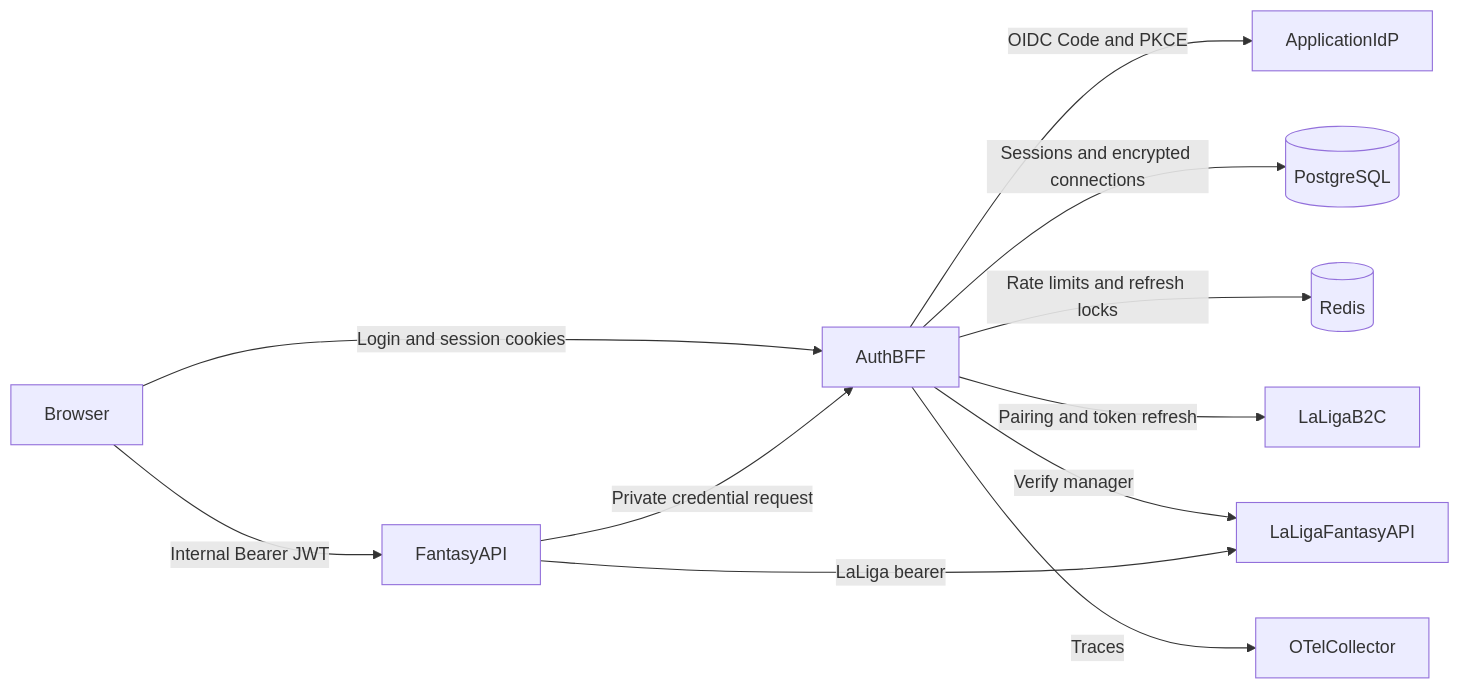
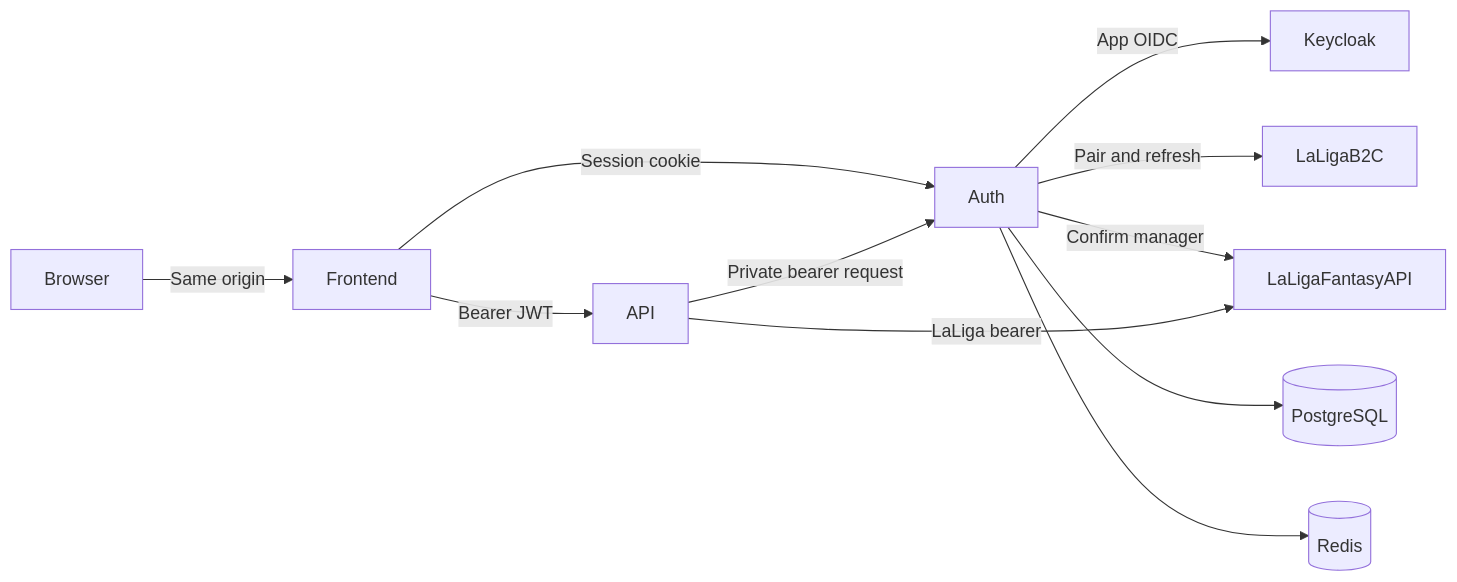
Before and after one commit to andreshere00/LaLiga-Fantasy-Builder: the first of 4 diagrams in docs/architecture.md, drawn with Mermaid. The commit also changed other lines of this file and 10 other files, not shown here.

````diff
--- a/docs/architecture.md
+++ b/docs/architecture.md
@@ -22,23 +24,23 @@
 ```mermaid
 flowchart LR
     Browser[Browser]
-    IdP[ApplicationIdP]
-    Auth[AuthBFF]
-    Api[FantasyAPI]
+    Web[Frontend]
+    IdP[Keycloak]
+    Auth[Auth]
+    Api[API]
     Postgres[(PostgreSQL)]
     Redis[(Redis)]
     LaligaIdP[LaLigaB2C]
     LaligaApi[LaLigaFantasyAPI]
-    OTel[OTelCollector]
 
-    Browser -->|Login and session cookies| Auth
-    Browser -->|Internal Bearer JWT| Api
-    Auth -->|OIDC Code and PKCE| IdP
-    Auth -->|Sessions and encrypted connections| Postgres
-    Auth -->|Rate limits and refresh locks| Redis
-    Auth -->|Pairing and token refresh| LaligaIdP
-    Auth -->|Verify manager| LaligaApi
-    Api -->|Private credential request| Auth
+    Browser -->|Same origin| Web
+    Web -->|Session cookie| Auth
+    Web -->|Bearer JWT| Api
+    Auth -->|App OIDC| IdP
+    Auth -->|Pair and refresh| LaligaIdP
+    Auth -->|Confirm manager| LaligaApi
+    Api -->|Private bearer request| Auth
     Api -->|LaLiga bearer| LaligaApi
-    Auth -->|Traces| OTel
+    Auth --> Postgres
+    Auth --> Redis
 ```
````
